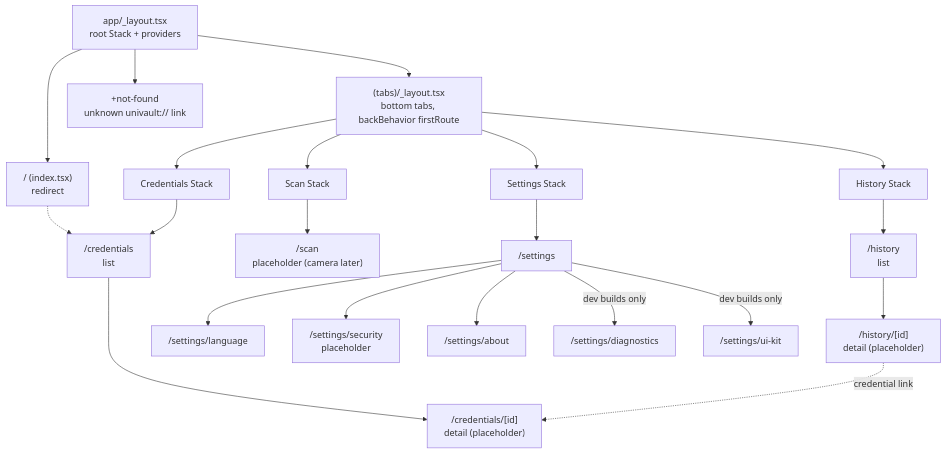
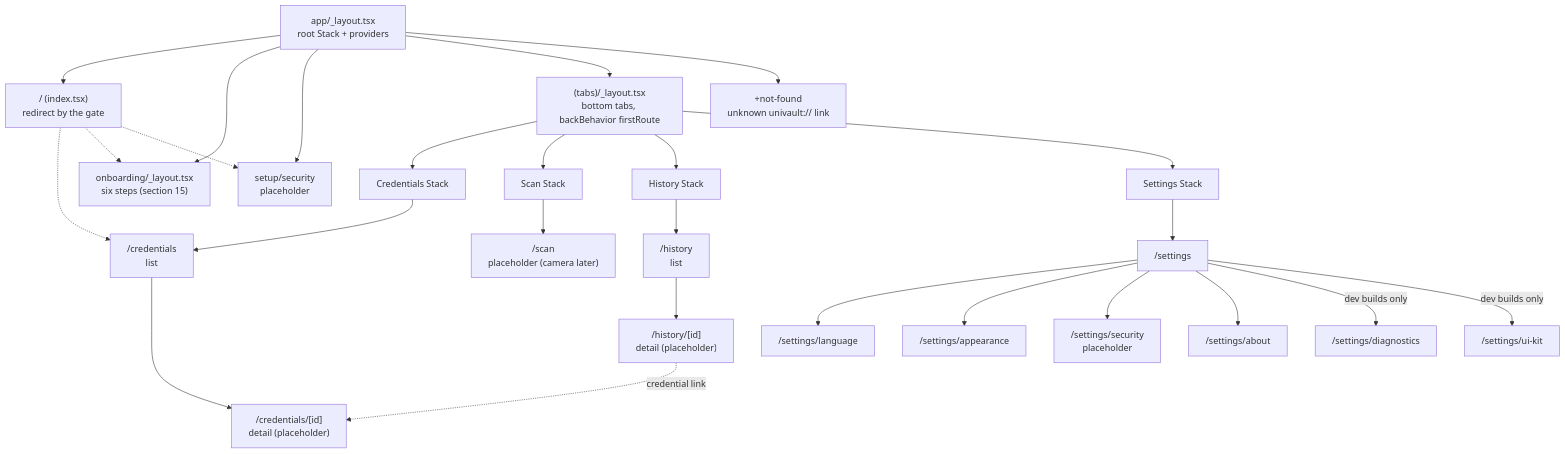
Before and after one commit to Thisathgeemal/UniVault: the first of 2 diagrams in docs/frontend/mobile-wallet.md, drawn with Mermaid. The commit also changed other lines of this file and 76 other files, not shown here.

````diff
--- a/docs/frontend/mobile-wallet.md
+++ b/docs/frontend/mobile-wallet.md
@@ -61,23 +69,28 @@
 ```mermaid
 flowchart TD
-  Root["app/_layout.tsx<br/>root Stack + providers"] --> Index["/ (index.tsx)<br/>redirect"]
+  Root["app/_layout.tsx<br/>root Stack + providers"] --> Index["/ (index.tsx)<br/>redirect by the gate"]
   Index -.-> CL
+  Index -.-> OB["onboarding/_layout.tsx<br/>six steps (section 15)"]
+  Index -.-> SU["setup/security<br/>placeholder"]
+  Root --> OB
+  Root --> SU
   Root --> Tabs["(tabs)/_layout.tsx<br/>bottom tabs, backBehavior firstRoute"]
   Root --> NF["+not-found<br/>unknown univault:// link"]
 
   Tabs --> CS["Credentials Stack"]
   Tabs --> SS["Scan Stack"]
   Tabs --> HS["History Stack"]
   Tabs --> ST["Settings Stack"]
 
   CS --> CL["/credentials<br/>list"] --> CD["/credentials/[id]<br/>detail (placeholder)"]
   SS --> SC["/scan<br/>placeholder (camera later)"]
   HS --> HL["/history<br/>list"] --> HD["/history/[id]<br/>detail (placeholder)"]
   HD -. "credential link" .-> CD
   ST --> SI["/settings"]
   SI --> LA["/settings/language"]
+  SI --> AP["/settings/appearance"]
   SI --> SE["/settings/security<br/>placeholder"]
   SI --> AB["/settings/about"]
   SI -- "dev builds only" --> DI["/settings/diagnostics"]
   SI -- "dev builds only" --> UK["/settings/ui-kit"]
 ```
````
